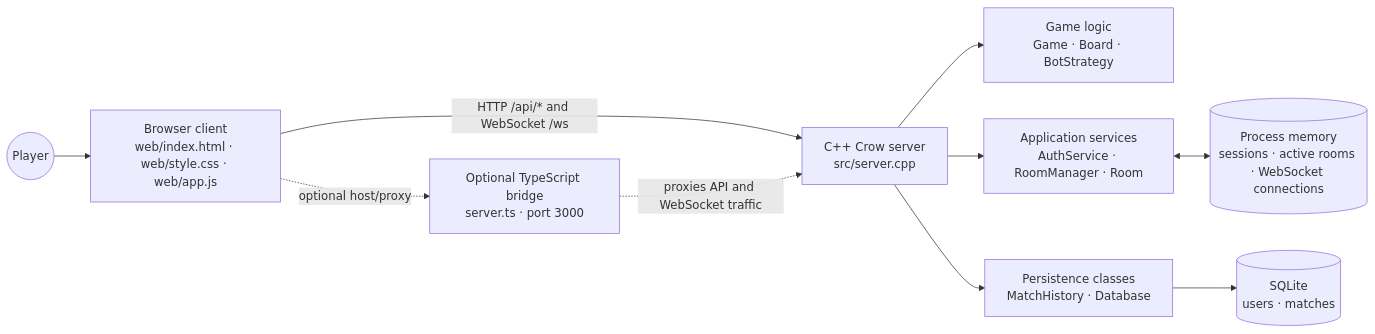
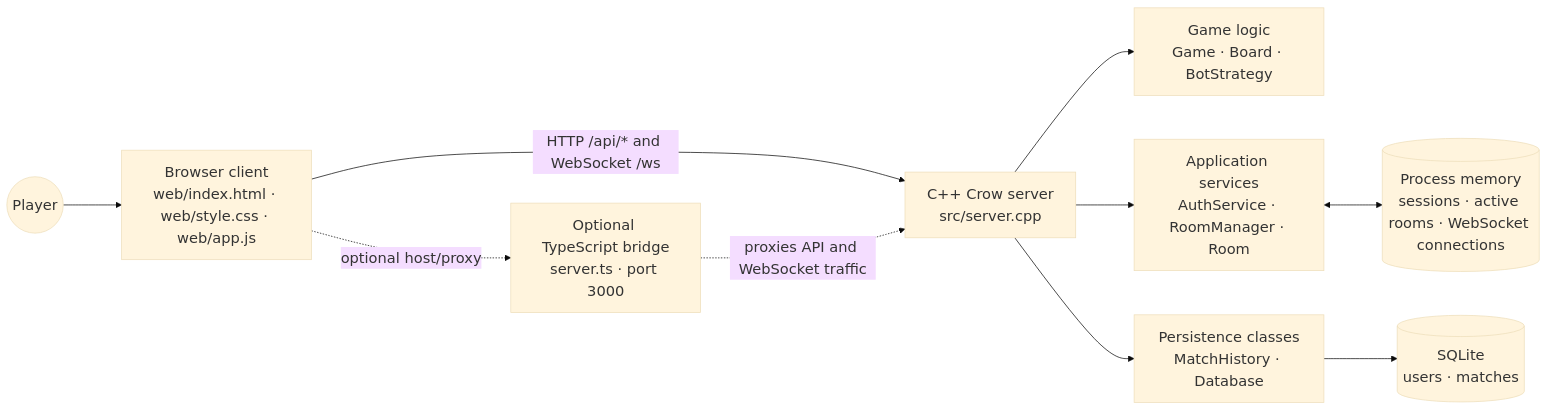
One commit to PradeepRaju-1512/AfterLight3 changed the first of 2 diagrams in UML.md. Above: the diagram before and after it, drawn with Mermaid. The commit also changed other lines of this file, not shown here.

Commit message:
Increased visibility of UML diagram.

````diff
--- a/UML.md
+++ b/UML.md
@@ -9,22 +9,23 @@
 ```mermaid
+%%{init: {"theme": "base", "themeVariables": {"fontSize": "20px"}, "flowchart": {"nodeSpacing": 60, "rankSpacing": 80}}}%%
 flowchart LR
     Player((Player))
     Browser["Browser client<br/>web/index.html · web/style.css · web/app.js"]
     Bridge["Optional TypeScript bridge<br/>server.ts · port 3000"]
     Server["C++ Crow server<br/>src/server.cpp"]
     GameCore["Game logic<br/>Game · Board · BotStrategy"]
     Services["Application services<br/>AuthService · RoomManager · Room"]
     Persistence["Persistence classes<br/>MatchHistory · Database"]
     Memory[("Process memory<br/>sessions · active rooms · WebSocket connections")]
     SQLite[("SQLite<br/>users · matches")]
 
     Player --> Browser
     Browser -->|"HTTP /api/* and WebSocket /ws"| Server
     Browser -. "optional host/proxy" .-> Bridge
     Bridge -. "proxies API and WebSocket traffic" .-> Server
     Server --> GameCore
     Server --> Services
     Server --> Persistence
     Services <--> Memory
     Persistence --> SQLite
 ```
````
